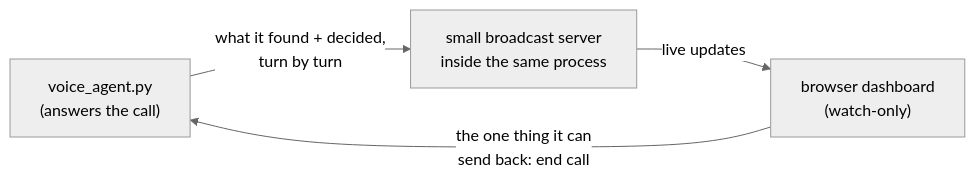
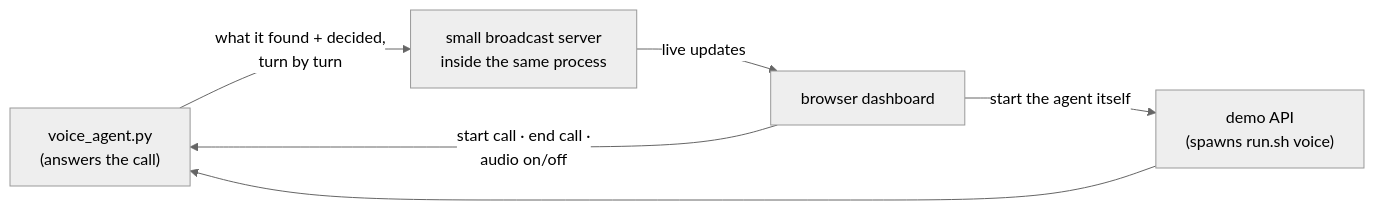
Before and after one commit to shahbhavya7/Prompt_Factory: the fourth of 5 diagrams in docs/ARCHITECTURE_SIMPLE.md, drawn with Mermaid (neutral theme). The commit also changed other lines of this file and 2 other files, not shown here.

First line of the commit message:
Enhance documentation for voice agent architecture and functionality

````diff
--- a/docs/ARCHITECTURE_SIMPLE.md
+++ b/docs/ARCHITECTURE_SIMPLE.md
@@ -85,11 +115,13 @@
 ```mermaid
 flowchart LR
     Agent["voice_agent.py
     (answers the call)"] -- "what it found + decided,
     turn by turn" --> Server["small broadcast server
     inside the same process"]
-    Server -- "live updates" --> Dashboard["browser dashboard
-    (watch-only)"]
-    Dashboard -- "the one thing it can
-    send back: end call" --> Agent
+    Server -- "live updates" --> Dashboard["browser dashboard"]
+    Dashboard -- "start call · end call ·
+    audio on/off" --> Agent
+    Dashboard -- "start the agent itself" --> API["demo API
+    (spawns run.sh voice)"]
+    API --> Agent
 ```
````
